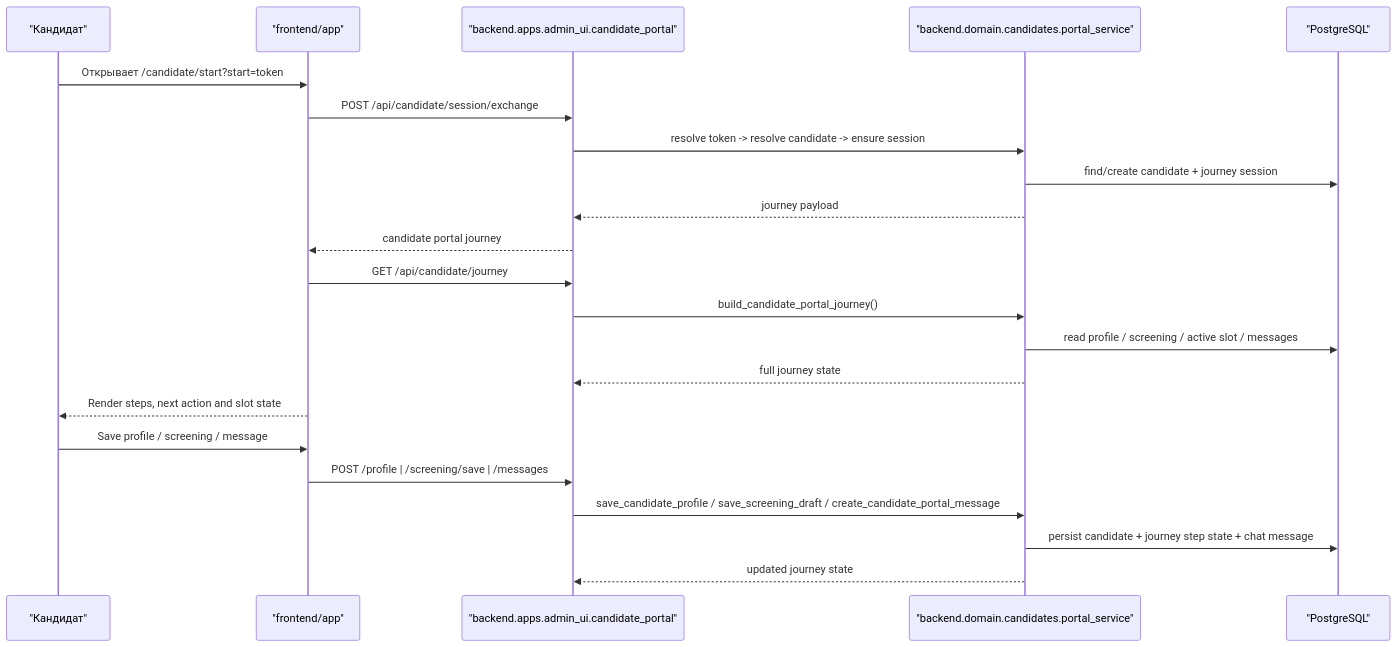
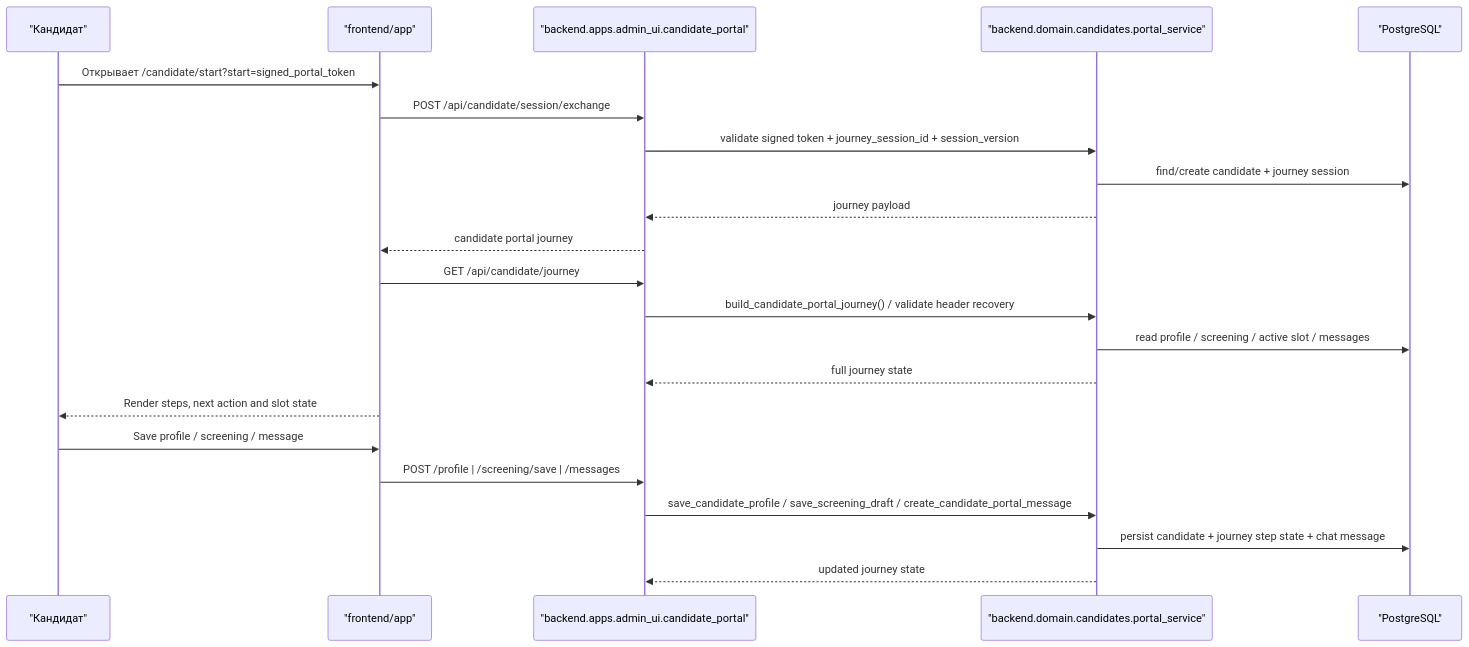
The first of 12 diagrams in docs/architecture/core-workflows.md (padka/HR), drawn with Mermaid before and after one commit. The commit also changed other lines of this file and 18 other files, not shown here.

````diff
--- a/docs/architecture/core-workflows.md
+++ b/docs/architecture/core-workflows.md
@@ -42,25 +42,25 @@
 ```mermaid
 sequenceDiagram
     participant C as "Кандидат"
     participant UI as "frontend/app"
     participant UIAPI as "backend.apps.admin_ui.candidate_portal"
     participant DOM as "backend.domain.candidates.portal_service"
     participant DB as "PostgreSQL"
 
-    C->>UI: Открывает /candidate/start?start=token
+    C->>UI: Открывает /candidate/start?start=signed_portal_token
     UI->>UIAPI: POST /api/candidate/session/exchange
-    UIAPI->>DOM: resolve token -> resolve candidate -> ensure session
+    UIAPI->>DOM: validate signed token + journey_session_id + session_version
     DOM->>DB: find/create candidate + journey session
     DOM-->>UIAPI: journey payload
     UIAPI-->>UI: candidate portal journey
     UI->>UIAPI: GET /api/candidate/journey
-    UIAPI->>DOM: build_candidate_portal_journey()
+    UIAPI->>DOM: build_candidate_portal_journey() / validate header recovery
     DOM->>DB: read profile / screening / active slot / messages
     DOM-->>UIAPI: full journey state
     UI-->>C: Render steps, next action and slot state
     C->>UI: Save profile / screening / message
     UI->>UIAPI: POST /profile | /screening/save | /messages
     UIAPI->>DOM: save_candidate_profile / save_screening_draft / create_candidate_portal_message
     DOM->>DB: persist candidate + journey step state + chat message
     DOM-->>UIAPI: updated journey state
 ```
````
